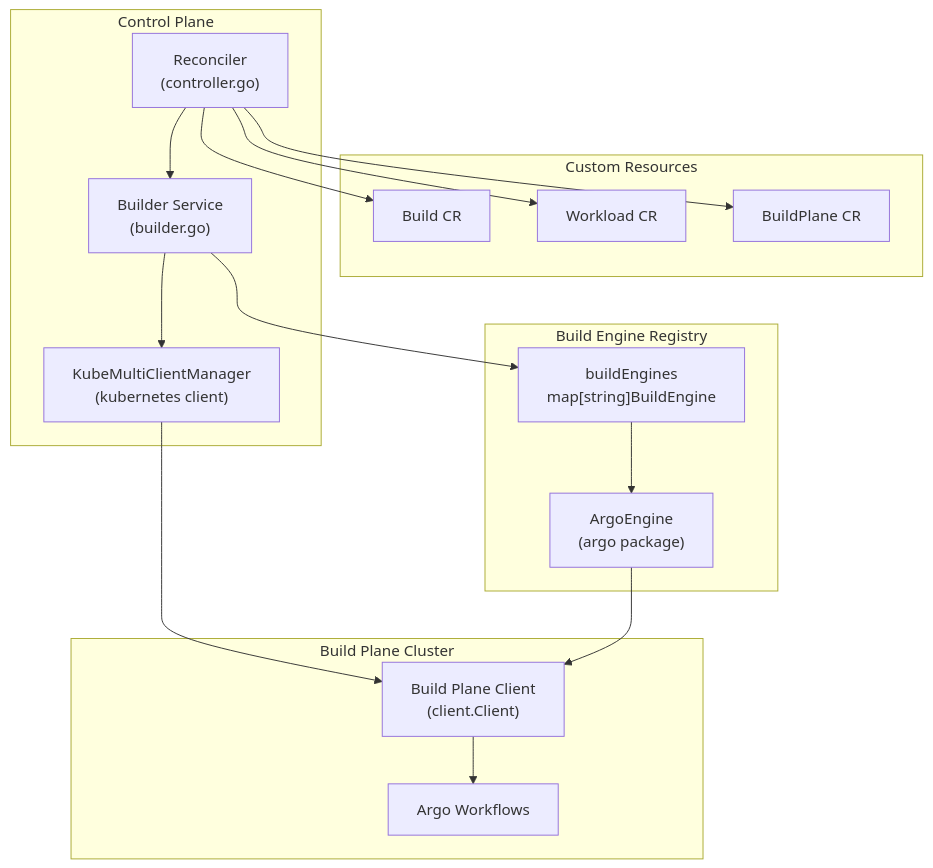
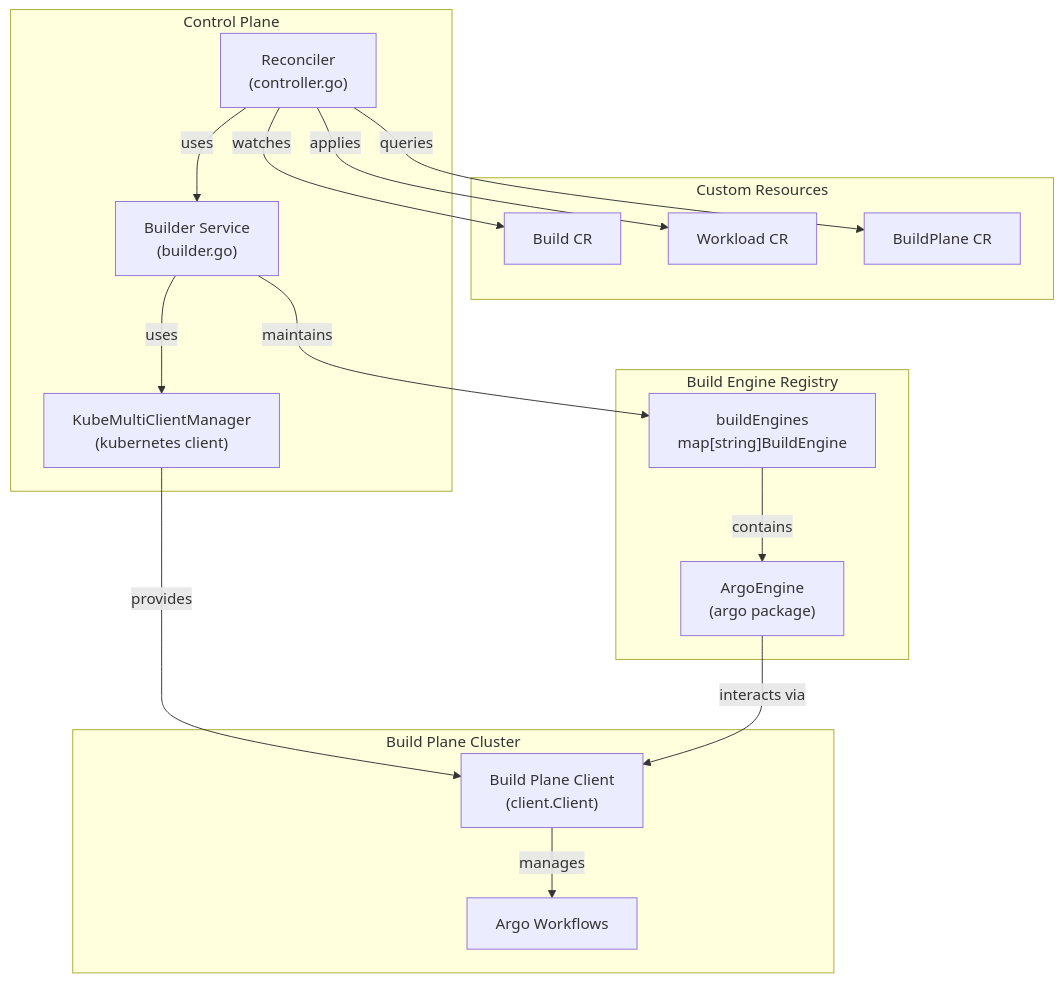
Before and after one commit to openchoreo/openchoreo: the first of 9 diagrams in docs/deepwiki/Build-Controller.md, drawn with Mermaid. The commit also changed other lines of this file and 85 other files, not shown here.

Commit message:
feat: Add new workflow and specification templates, update Helm chart dependencies, and clarify documentation diagrams.

````diff
--- a/docs/deepwiki/Build-Controller.md
+++ b/docs/deepwiki/Build-Controller.md
@@ -21,47 +21,47 @@
 ```mermaid
 flowchart TD
 
 Reconciler["Reconciler<br>(controller.go)"]
 Builder["Builder Service<br>(builder.go)"]
 ClientMgr["KubeMultiClientManager<br>(kubernetes client)"]
 EngineMap["buildEngines<br>map[string]BuildEngine"]
 ArgoEngine["ArgoEngine<br>(argo package)"]
 BPClient["Build Plane Client<br>(client.Client)"]
 ArgoWF["Argo Workflows"]
 BuildCR["Build CR"]
 WorkloadCR["Workload CR"]
 BuildPlaneCR["BuildPlane CR"]
 
-Builder --> EngineMap
-ClientMgr --> BPClient
-ArgoEngine --> BPClient
-Reconciler --> BuildCR
-Reconciler --> WorkloadCR
-Reconciler --> BuildPlaneCR
+Builder -->|"maintains"| EngineMap
+ClientMgr -->|"provides"| BPClient
+ArgoEngine -->|"interacts via"| BPClient
+Reconciler -->|"watches"| BuildCR
+Reconciler -->|"applies"| WorkloadCR
+Reconciler -->|"queries"| BuildPlaneCR
 
 subgraph subGraph3 ["Custom Resources"]
     BuildCR
     WorkloadCR
     BuildPlaneCR
 end
 
 subgraph subGraph2 ["Build Plane Cluster"]
     BPClient
     ArgoWF
-    BPClient --> ArgoWF
+    BPClient -->|"manages"| ArgoWF
 end
 
 subgraph subGraph1 ["Build Engine Registry"]
     EngineMap
     ArgoEngine
-    EngineMap --> ArgoEngine
+    EngineMap -->|"contains"| ArgoEngine
 end
 
 subgraph subGraph0 ["Control Plane"]
     Reconciler
     Builder
     ClientMgr
-    Reconciler --> Builder
-    Builder --> ClientMgr
+    Reconciler -->|"uses"| Builder
+    Builder -->|"uses"| ClientMgr
 end
 ```
````
